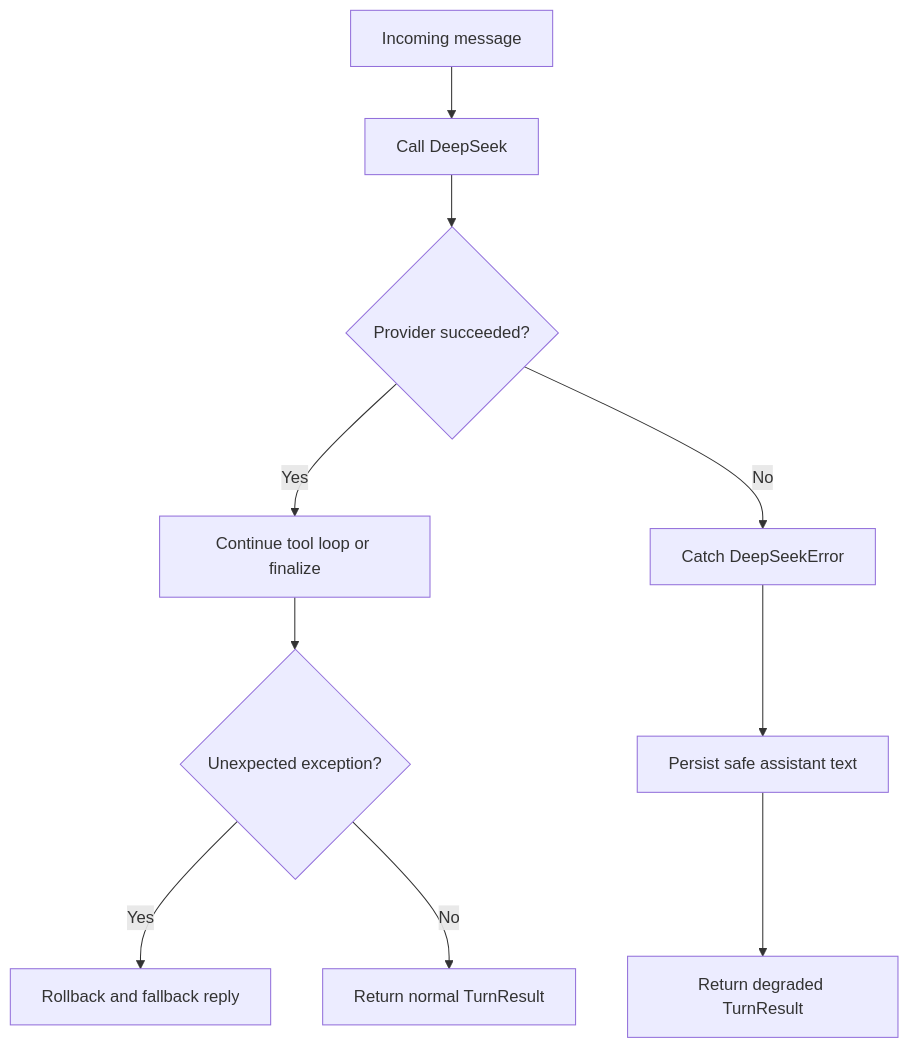
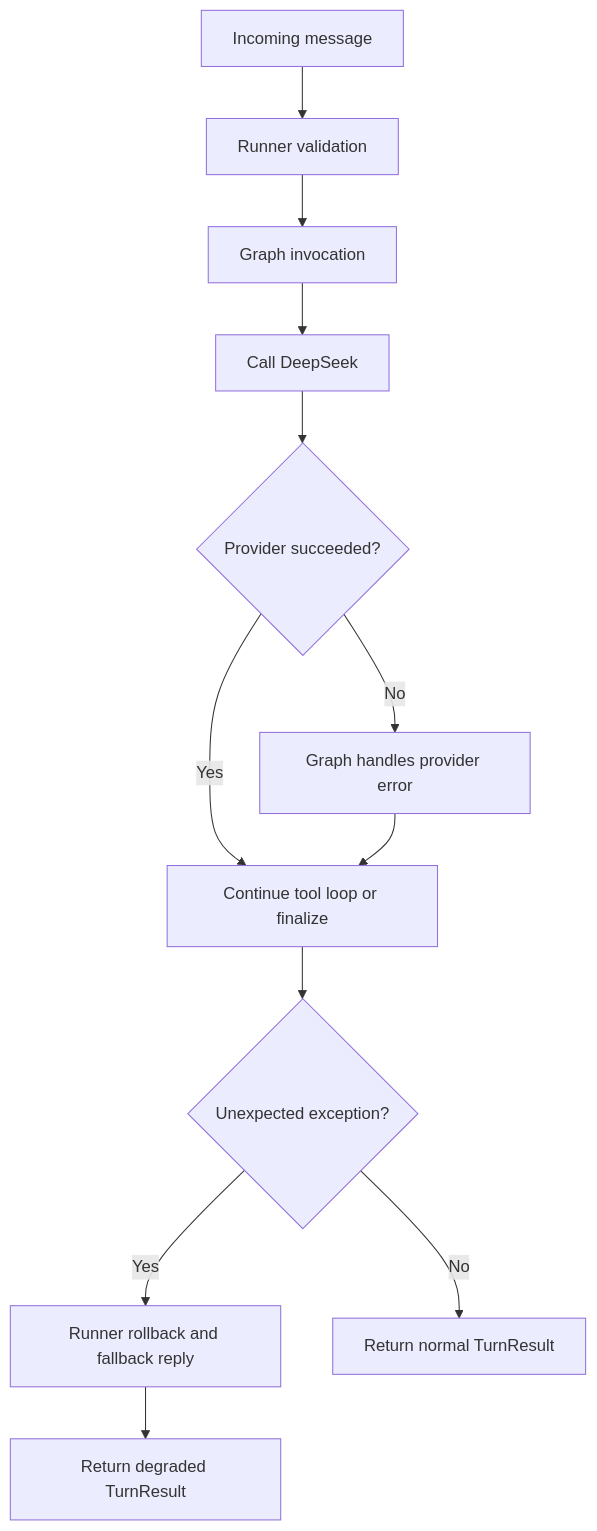
The ninth of 13 diagrams in .qoder/repowiki/en/content/Patient Workflows/Conversation Management/Conversation Management.md (gokulkaarthicks/dental-chatbot), drawn with Mermaid before and after one commit. The commit also changed other lines of this file and 280 other files, not shown here.

````diff
--- a/.qoder/repowiki/en/content/Patient Workflows/Conversation Management/Conversation Management.md
+++ b/.qoder/repowiki/en/content/Patient Workflows/Conversation Management/Conversation Management.md
@@ -370,12 +451,14 @@
 ```mermaid
 flowchart TD
-Request["Incoming message"] --> ProviderCall["Call DeepSeek"]
+Request["Incoming message"] --> RunnerValidation["Runner validation"]
+RunnerValidation --> GraphInvocation["Graph invocation"]
+GraphInvocation --> ProviderCall["Call DeepSeek"]
 ProviderCall --> ProviderOK{"Provider succeeded?"}
 ProviderOK --> |Yes| Continue["Continue tool loop or finalize"]
-ProviderOK --> |No| HandleError["Catch DeepSeekError"]
-HandleError --> PersistFallback["Persist safe assistant text"]
-PersistFallback --> ReturnDegraded["Return degraded TurnResult"]
+ProviderOK --> |No| GraphError["Graph handles provider error"]
+GraphError --> Continue
 Continue --> UnexpectedErr{"Unexpected exception?"}
-UnexpectedErr --> |Yes| Rollback["Rollback and fallback reply"]
+UnexpectedErr --> |Yes| RunnerError["Runner rollback and fallback reply"]
 UnexpectedErr --> |No| Success["Return normal TurnResult"]
+RunnerError --> ReturnDegraded["Return degraded TurnResult"]
 ```
````
